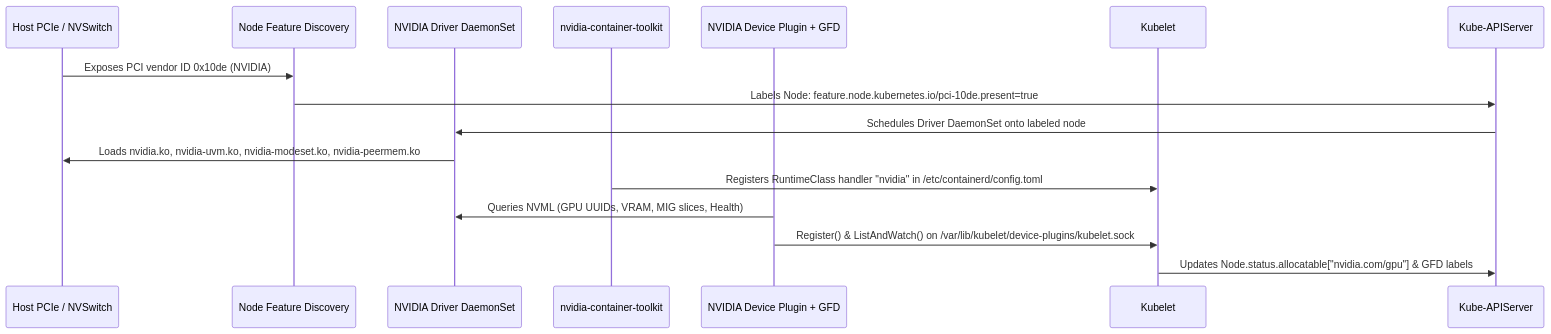
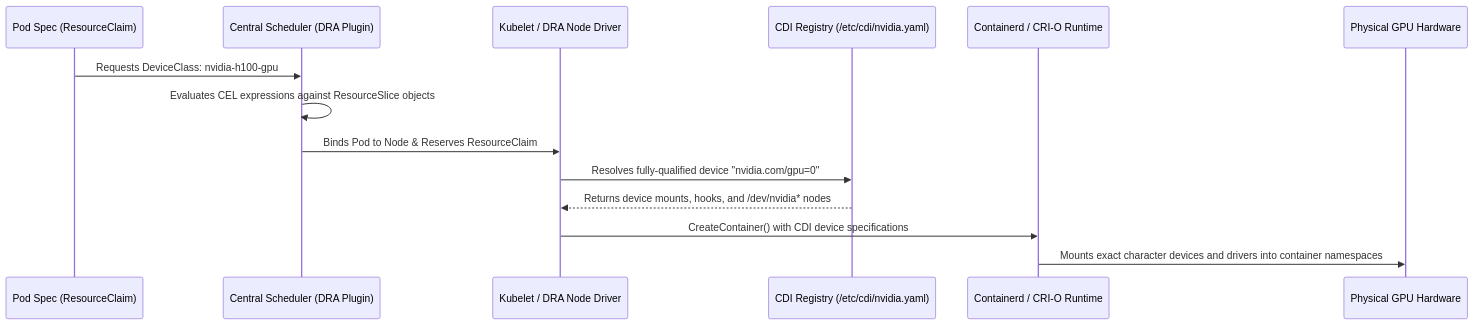
The second of 5 diagrams in docs/01-hardware-abstraction-orchestration.md (xsub/AiOps_on_K8S_Fundamentals_n_Practicies), drawn with Mermaid before and after one commit. The commit also changed other lines of this file and 20 other files, not shown here.

````diff
--- a/docs/01-hardware-abstraction-orchestration.md
+++ b/docs/01-hardware-abstraction-orchestration.md
@@ -28,19 +93,17 @@
 ```mermaid
 sequenceDiagram
-    participant PCIe as Host PCIe / NVSwitch
-    participant NFD as Node Feature Discovery
-    participant Driver as NVIDIA Driver DaemonSet
-    participant Toolkit as nvidia-container-toolkit
-    participant Plugin as NVIDIA Device Plugin + GFD
-    participant Kubelet as Kubelet
-    participant API as Kube-APIServer
+    participant Pod as Pod Spec (ResourceClaim)
+    participant Sched as Central Scheduler (DRA Plugin)
+    participant Kubelet as Kubelet / DRA Node Driver
+    participant CDI as CDI Registry (/etc/cdi/nvidia.yaml)
+    participant CRI as Containerd / CRI-O Runtime
+    participant GPU as Physical GPU Hardware
 
-    PCIe->>NFD: Exposes PCI vendor ID 0x10de (NVIDIA)
-    NFD->>API: Labels Node: feature.node.kubernetes.io/pci-10de.present=true
-    API->>Driver: Schedules Driver DaemonSet onto labeled node
-    Driver->>PCIe: Loads nvidia.ko, nvidia-uvm.ko, nvidia-modeset.ko, nvidia-peermem.ko
-    Toolkit->>Kubelet: Registers RuntimeClass handler "nvidia" in /etc/containerd/config.toml
-    Plugin->>Driver: Queries NVML (GPU UUIDs, VRAM, MIG slices, Health)
-    Plugin->>Kubelet: Register() & ListAndWatch() on /var/lib/kubelet/device-plugins/kubelet.sock
-    Kubelet->>API: Updates Node.status.allocatable["nvidia.com/gpu"] & GFD labels
+    Pod->>Sched: Requests DeviceClass: nvidia-h100-gpu
+    Sched->>Sched: Evaluates CEL expressions against ResourceSlice objects
+    Sched->>Kubelet: Binds Pod to Node & Reserves ResourceClaim
+    Kubelet->>CDI: Resolves fully-qualified device "nvidia.com/gpu=0"
+    CDI-->>Kubelet: Returns device mounts, hooks, and /dev/nvidia* nodes
+    Kubelet->>CRI: CreateContainer() with CDI device specifications
+    CRI->>GPU: Mounts exact character devices and drivers into container namespaces
 ```
````
